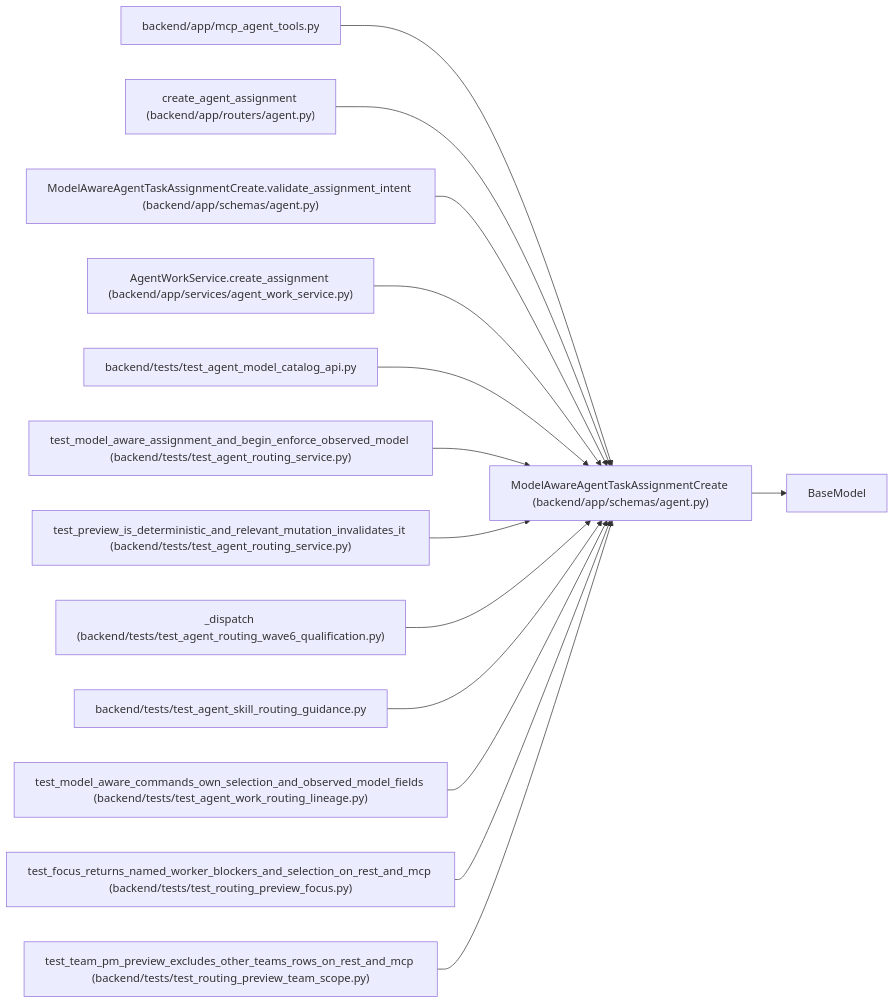
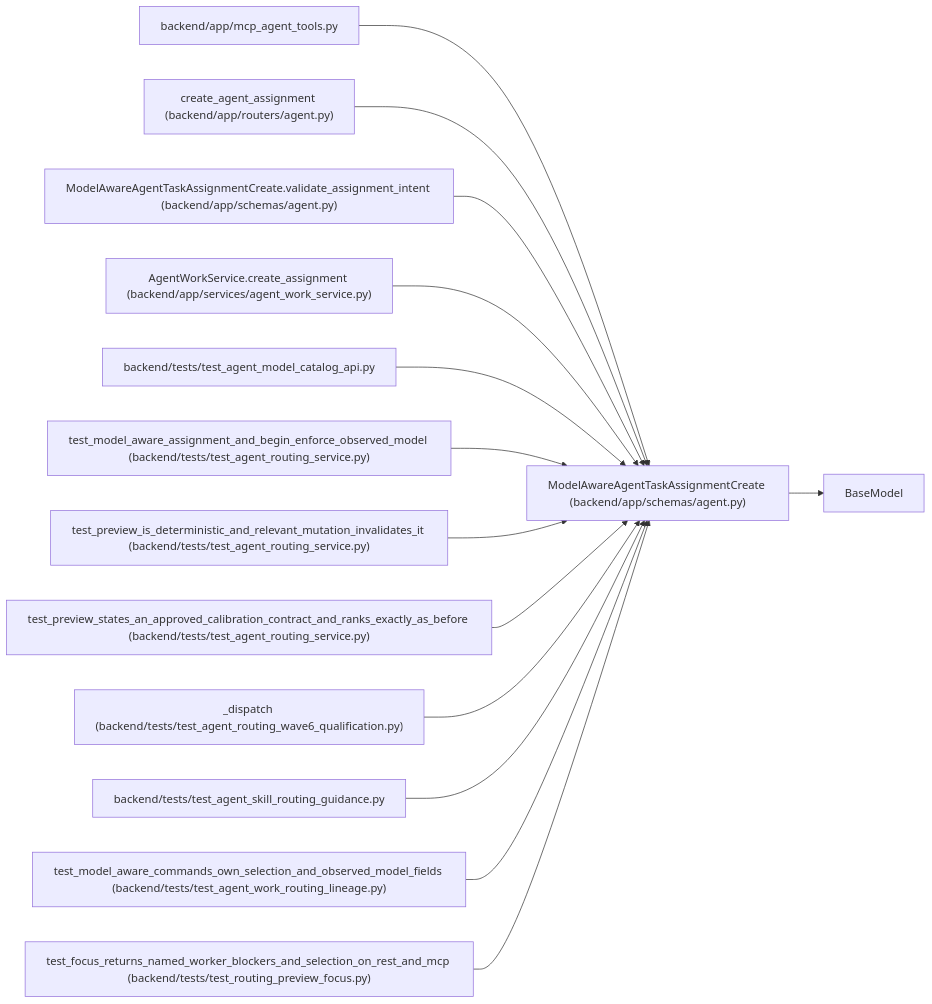
Before and after one commit to Denissvgn/WorkChord: the diagram in docs/llm_wiki/entities/schemas_agent_ModelAwareAgentTaskAssignmentCreate.md, drawn with Mermaid. The commit also changed other lines of this file and 836 other files, not shown here.

Commit message:
Sync the architectural wiki for the calibration contract

````diff
--- a/docs/llm_wiki/entities/schemas_agent_ModelAwareAgentTaskAssignmentCreate.md
+++ b/docs/llm_wiki/entities/schemas_agent_ModelAwareAgentTaskAssignmentCreate.md
@@ -58,43 +58,43 @@
 ```mermaid
 flowchart LR
     n0["ModelAwareAgentTaskAssignmentCreate (backend/app/schemas/agent.py)"]
     n1["BaseModel"]
     n2["backend/app/mcp_agent_tools.py"]
     n3["create_agent_assignment (backend/app/routers/agent.py)"]
     n4["ModelAwareAgentTaskAssignmentCreate.validate_assignment_intent (backend/app/schemas/agent.py)"]
     n5["AgentWorkService.create_assignment (backend/app/services/agent_work_service.py)"]
     n6["backend/tests/test_agent_model_catalog_api.py"]
     n7["test_model_aware_assignment_and_begin_enforce_observed_model (backend/tests/test_agent_routing_service.py)"]
     n8["test_preview_is_deterministic_and_relevant_mutation_invalidates_it (backend/tests/test_agent_routing_service.py)"]
-    n9["_dispatch (backend/tests/test_agent_routing_wave6_qualification.py)"]
-    n10["backend/tests/test_agent_skill_routing_guidance.py"]
-    n11["test_model_aware_commands_own_selection_and_observed_model_fields (backend/tests/test_agent_work_routing_lineage.py)"]
-    n12["test_focus_returns_named_worker_blockers_and_selection_on_rest_and_mcp (backend/tests/test_routing_preview_focus.py)"]
-    n13["test_team_pm_preview_excludes_other_teams_rows_on_rest_and_mcp (backend/tests/test_routing_preview_team_scope.py)"]
+    n9["test_preview_states_an_approved_calibration_contract_and_ranks_exactly_as_before (backend/tests/test_agent_routing_service.py)"]
+    n10["_dispatch (backend/tests/test_agent_routing_wave6_qualification.py)"]
+    n11["backend/tests/test_agent_skill_routing_guidance.py"]
+    n12["test_model_aware_commands_own_selection_and_observed_model_fields (backend/tests/test_agent_work_routing_lineage.py)"]
+    n13["test_focus_returns_named_worker_blockers_and_selection_on_rest_and_mcp (backend/tests/test_routing_preview_focus.py)"]
     n0 --> n1
     n2 --> n0
     n3 --> n0
     n4 --> n0
     n5 --> n0
     n6 --> n0
     n7 --> n0
     n8 --> n0
     n9 --> n0
     n10 --> n0
     n11 --> n0
     n12 --> n0
     n13 --> n0
     click n0 "../modules/schemas_agent.md"
     click n2 "../modules/mcp_agent_tools.md"
     click n3 "../modules/routers_agent.md"
     click n4 "../modules/schemas_agent.md"
     click n5 "../modules/agent_work_service.md"
     click n6 "../modules/test_agent_model_catalog_api.md"
     click n7 "../modules/test_agent_routing_service.md"
     click n8 "../modules/test_agent_routing_service.md"
-    click n9 "../modules/test_agent_routing_wave6_qualification.md"
-    click n10 "../modules/test_agent_skill_routing_guidance.md"
-    click n11 "../modules/test_agent_work_routing_lineage.md"
-    click n12 "../modules/test_routing_preview_focus.md"
-    click n13 "../modules/test_routing_preview_team_scope.md"
+    click n9 "../modules/test_agent_routing_service.md"
+    click n10 "../modules/test_agent_routing_wave6_qualification.md"
+    click n11 "../modules/test_agent_skill_routing_guidance.md"
+    click n12 "../modules/test_agent_work_routing_lineage.md"
+    click n13 "../modules/test_routing_preview_focus.md"
 ```
````
